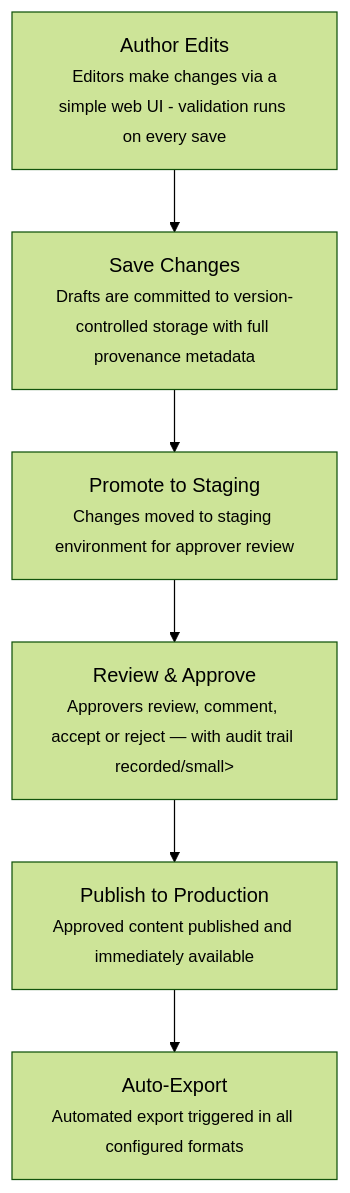
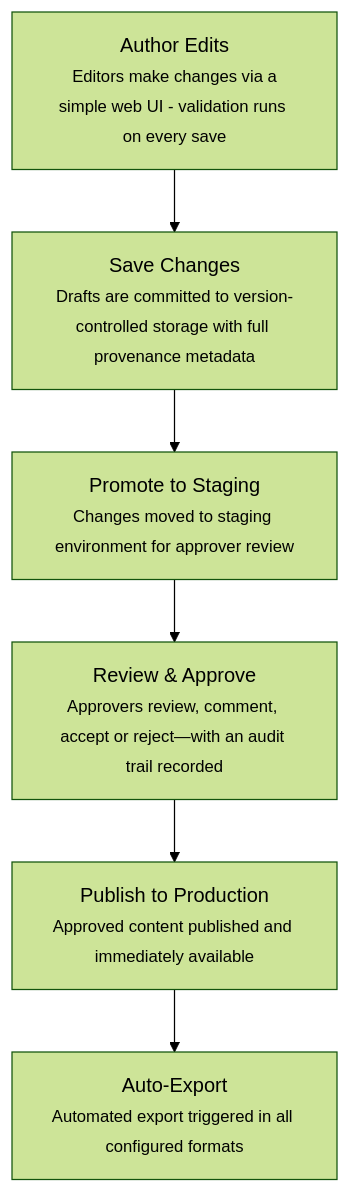
Before and after one commit to Kurrawong/kurrawong.ai: the diagram in content/3.products/2.k-maker.md, drawn with Mermaid (forest theme). The commit also changed other lines of this file, not shown here.

````diff
--- a/content/3.products/2.k-maker.md
+++ b/content/3.products/2.k-maker.md
@@ -173,11 +173,11 @@
 ```mermaid
 flowchart TD
     A["Author Edits<br/><small> Editors make changes via a simple web UI - validation runs on every save</small>"]
     B["Save Changes<br/><small>Drafts are committed to version-controlled storage with full provenance metadata</small>"]
     C["Promote to Staging<br/><small>Changes moved to staging environment for approver review</small>"]
-    D["Review & Approve<br/><small>Approvers review, comment, accept or reject — with audit trail recorded/small>"]
+    D["Review & Approve<br/><small>Approvers review, comment, accept or reject—with an audit trail recorded</small>"]
     E["Publish to Production<br/><small>Approved content published and immediately available</small>"]
     F["Auto-Export<br/><small>Automated export triggered in all configured formats</small>"]
 
     A --> B --> C --> D --> E --> F
 ```
````
